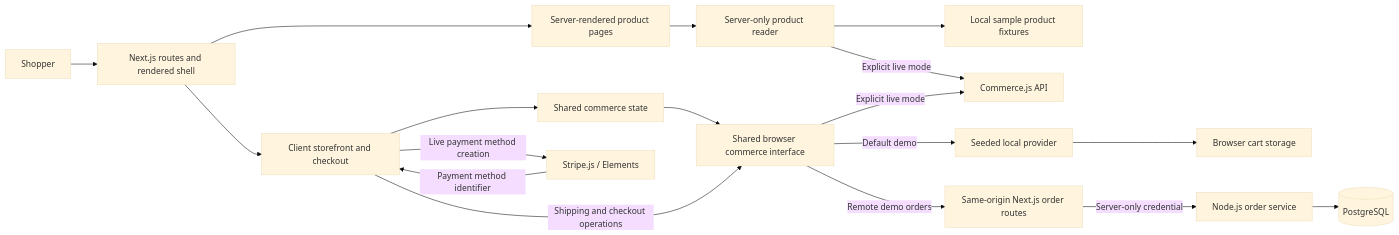
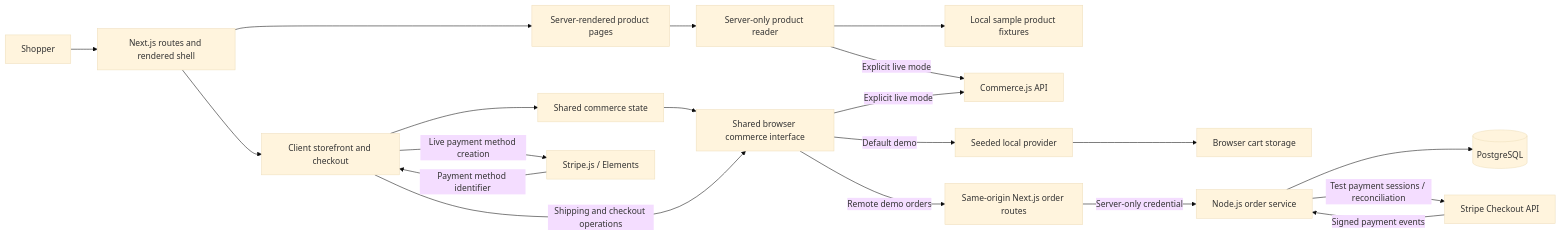
The diagram in README.md (joydas65/Ecommerce-Store), drawn with Mermaid (base theme) before and after one commit. The commit also changed other lines of this file and 66 other files, not shown here.

Commit message:
Decouple demo providers and add recoverable Stripe test checkout

````diff
--- a/README.md
+++ b/README.md
@@ -41,20 +41,22 @@
 ```mermaid
 flowchart LR
     Shopper[Shopper] --> Next[Next.js routes and rendered shell]
     Next --> Detail[Server-rendered product pages]
     Detail --> Reader[Server-only product reader]
     Reader --> Fixtures[Local sample product fixtures]
     Reader -->|Explicit live mode| Commerce[Commerce.js API]
     Next --> UI[Client storefront and checkout]
     UI --> State[Shared commerce state]
     State --> Adapter[Shared browser commerce interface]
     UI -->|Shipping and checkout operations| Adapter
     Adapter -->|Default demo| Demo[Seeded local provider]
     Demo --> Cart[Browser cart storage]
     Adapter -->|Remote demo orders| BFF[Same-origin Next.js order routes]
     BFF -->|Server-only credential| Orders[Node.js order service]
     Orders --> DB[(PostgreSQL)]
+    Orders -->|Test payment sessions / reconciliation| StripeAPI[Stripe Checkout API]
+    StripeAPI -->|Signed payment events| Orders
     Adapter -->|Explicit live mode| Commerce[Commerce.js API]
     UI -->|Live payment method creation| Stripe[Stripe.js / Elements]
     Stripe -->|Payment method identifier| UI
 ```
````
